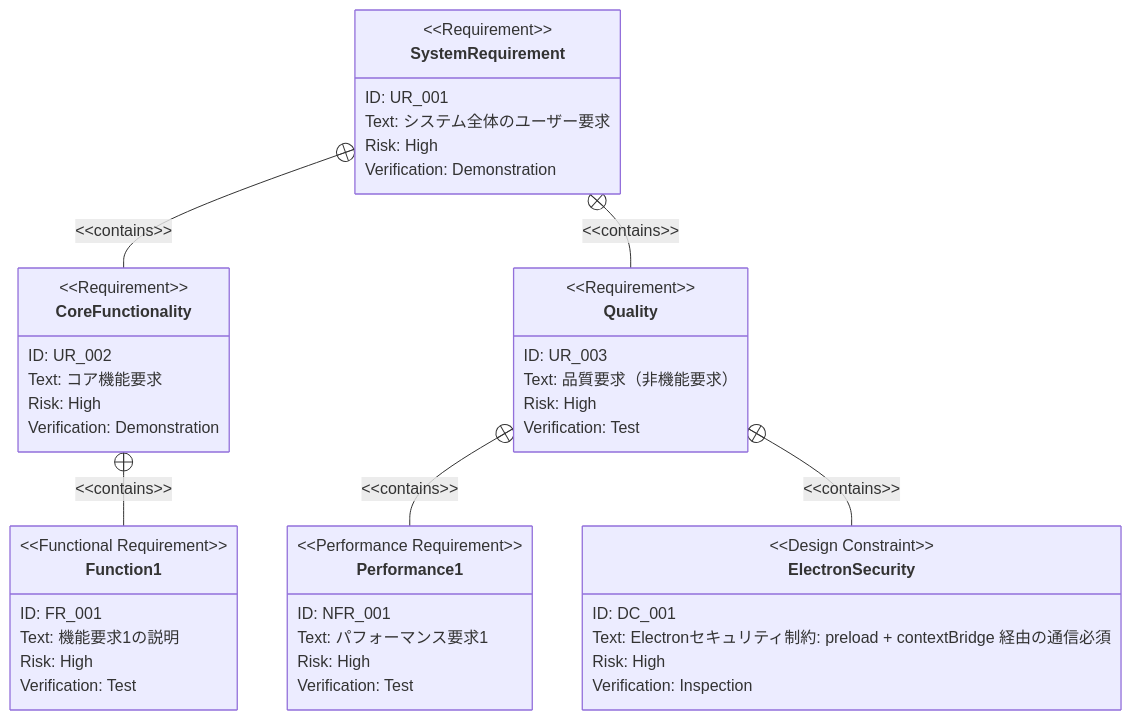
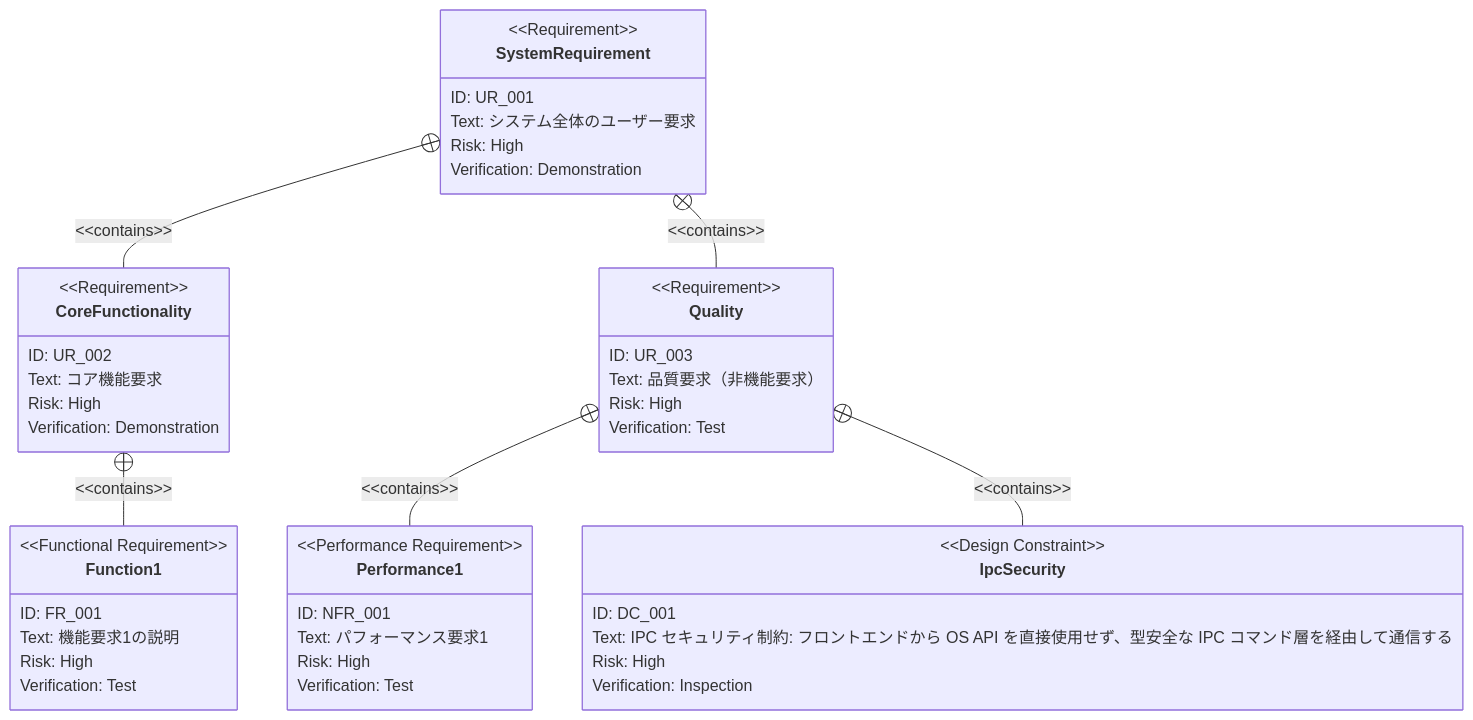
The third of 4 diagrams in .sdd/PRD_TEMPLATE.md (ToshikiImagawa/Buruma), drawn with Mermaid before and after one commit. The commit also changed other lines of this file and 2 other files, not shown here.

````diff
--- a/.sdd/PRD_TEMPLATE.md
+++ b/.sdd/PRD_TEMPLATE.md
@@ -115,50 +115,50 @@
 ```mermaid
 requirementDiagram
     requirement SystemRequirement {
         id: UR_001
         text: "システム全体のユーザー要求"
         risk: high
         verifymethod: demonstration
     }
 
     requirement CoreFunctionality {
         id: UR_002
         text: "コア機能要求"
         risk: high
         verifymethod: demonstration
     }
 
     requirement Quality {
         id: UR_003
         text: "品質要求（非機能要求）"
         risk: high
         verifymethod: test
     }
 
     functionalRequirement Function1 {
         id: FR_001
         text: "機能要求1の説明"
         risk: high
         verifymethod: test
     }
 
     performanceRequirement Performance1 {
         id: NFR_001
         text: "パフォーマンス要求1"
         risk: high
         verifymethod: test
     }
 
-    designConstraint ElectronSecurity {
+    designConstraint IpcSecurity {
         id: DC_001
-        text: "Electronセキュリティ制約: preload + contextBridge 経由の通信必須"
+        text: "IPC セキュリティ制約: フロントエンドから OS API を直接使用せず、型安全な IPC コマンド層を経由して通信する"
         risk: high
         verifymethod: inspection
     }
 
     SystemRequirement - contains -> CoreFunctionality
     SystemRequirement - contains -> Quality
     CoreFunctionality - contains -> Function1
     Quality - contains -> Performance1
-    Quality - contains -> ElectronSecurity
+    Quality - contains -> IpcSecurity
 ```
````
